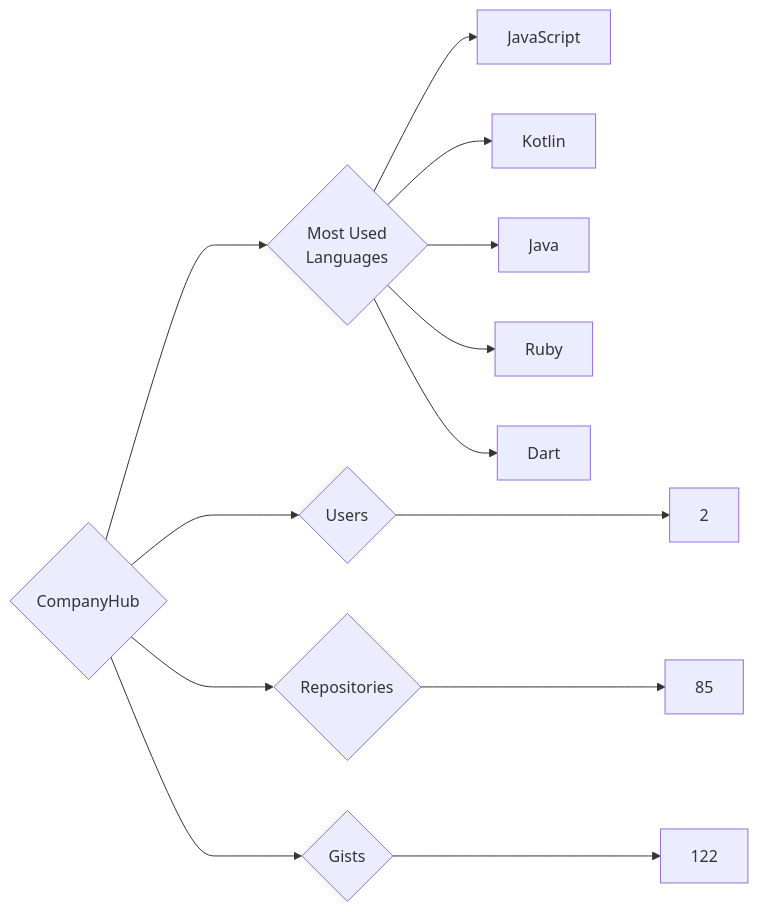
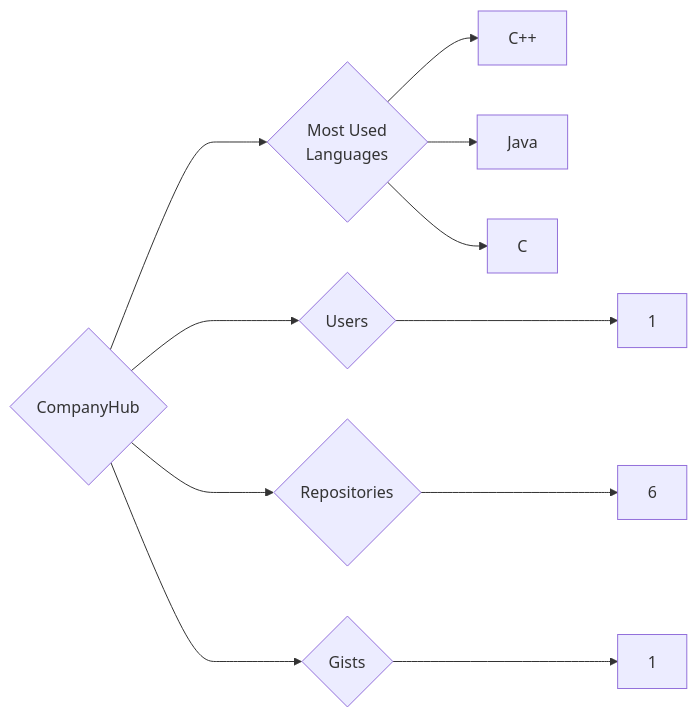
The diagram in targets/CompanyHub/README.md (trickest/insiders), drawn with Mermaid before and after one commit. The commit also changed 1212 other files, not shown here.

````diff
--- a/targets/CompanyHub/README.md
+++ b/targets/CompanyHub/README.md
@@ -3,13 +3,11 @@
 ```mermaid
 graph LR
 COMPANY_NAME{CompanyHub}
-COMPANY_NAME ---> U{Users} ---> UN[2]
-COMPANY_NAME ---> R{Repositories} ---> RN[85]
-COMPANY_NAME ---> G{Gists} ---> GN[122]
+COMPANY_NAME ---> U{Users} ---> UN[1]
+COMPANY_NAME ---> R{Repositories} ---> RN[6]
+COMPANY_NAME ---> G{Gists} ---> GN[1]
 COMPANY_NAME ---> ML{Most Used<br>Languages}
-ML --> JavaScript[JavaScript]
-ML --> Kotlin[Kotlin]
+ML --> C++[C++]
 ML --> Java[Java]
-ML --> Ruby[Ruby]
-ML --> Dart[Dart]
+ML --> C[C]
 ```
````
